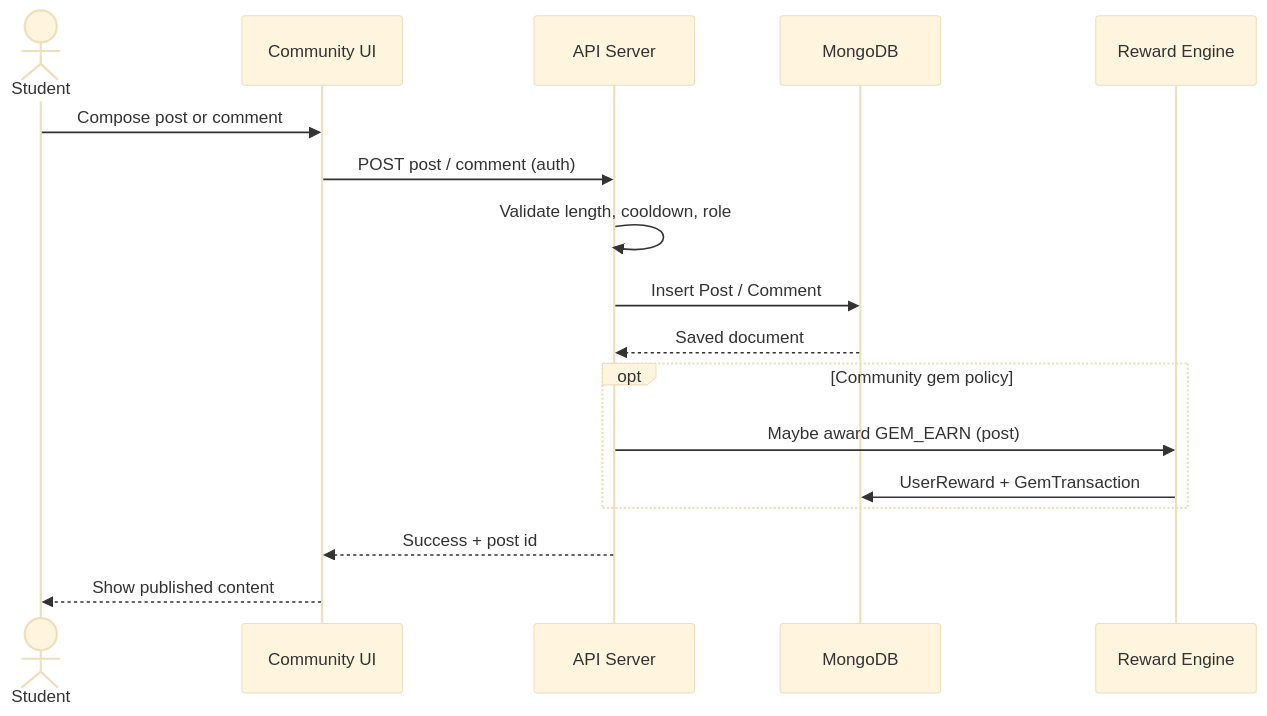
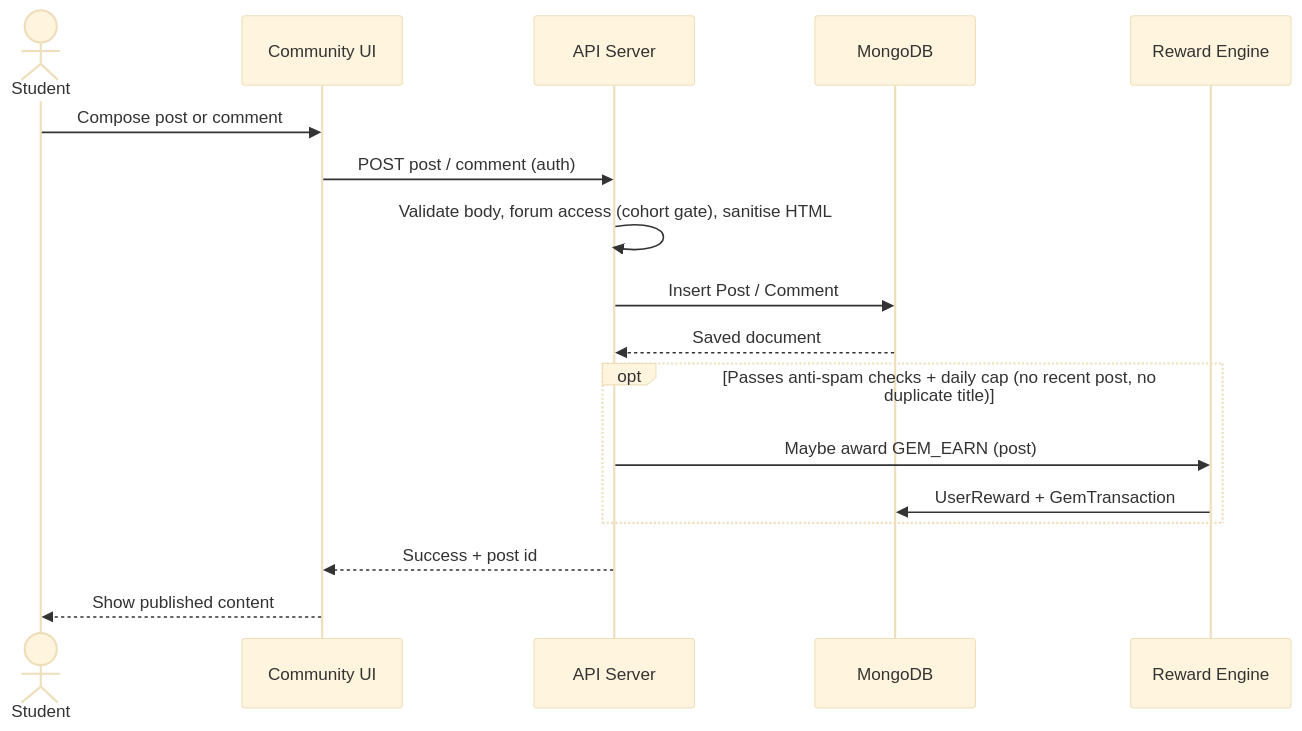
One commit to quangg1/ASTRO_EDU changed the third of 18 diagrams in docs/diagrams/sequence-diagrams-supplement.md. Above: the diagram before and after it, drawn with Mermaid (base theme). The commit also changed other lines of this file and 31 other files, not shown here.

First line of the commit message:
docs(diagrams): align use case and sequence diagrams with the code

````diff
--- a/docs/diagrams/sequence-diagrams-supplement.md
+++ b/docs/diagrams/sequence-diagrams-supplement.md
@@ -62,20 +71,20 @@
 ```mermaid
 sequenceDiagram
     actor Student
     participant UI as Community UI
     participant API as API Server
     participant DB as MongoDB
     participant Rewards as Reward Engine
 
     Student->>UI: Compose post or comment
     UI->>API: POST post / comment (auth)
-    API->>API: Validate length, cooldown, role
+    API->>API: Validate body, forum access (cohort gate), sanitise HTML
     API->>DB: Insert Post / Comment
     DB-->>API: Saved document
-    opt Community gem policy
+    opt Passes anti-spam checks + daily cap (no recent post, no duplicate title)
         API->>Rewards: Maybe award GEM_EARN (post)
         Rewards->>DB: UserReward + GemTransaction
     end
     API-->>UI: Success + post id
     UI-->>Student: Show published content
 ```
````
